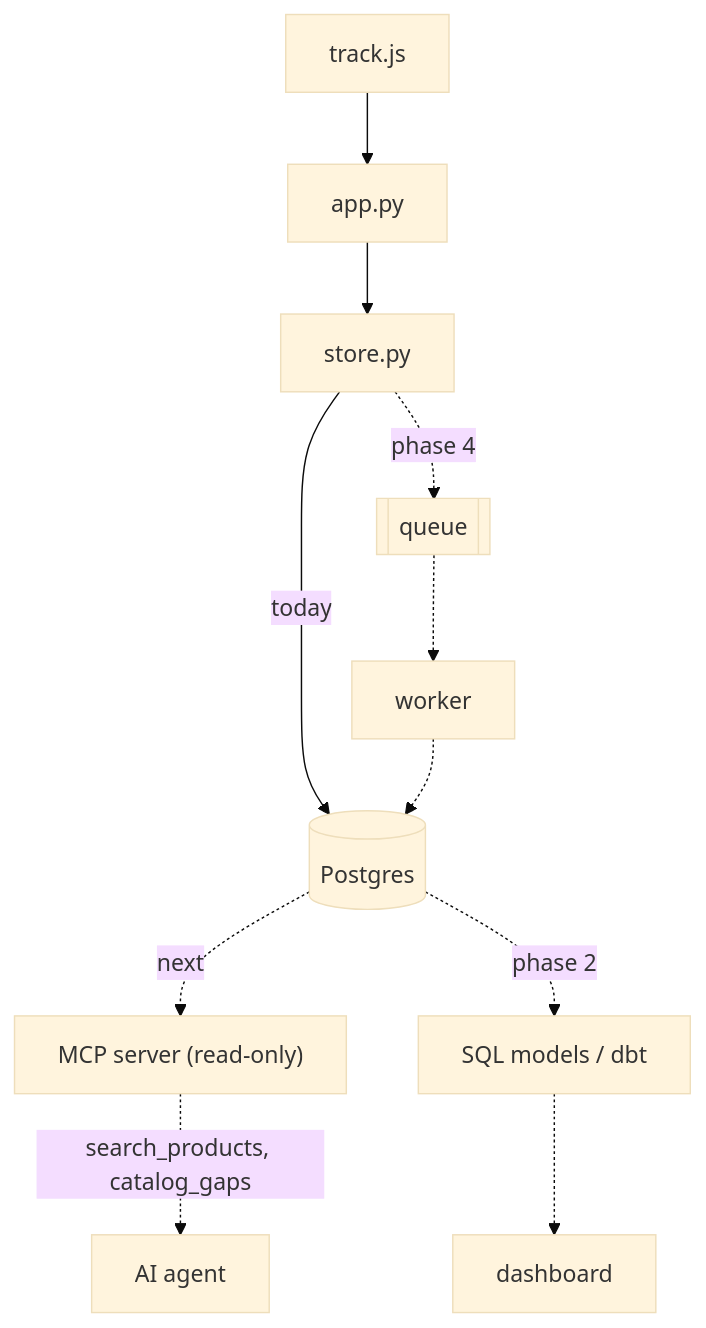
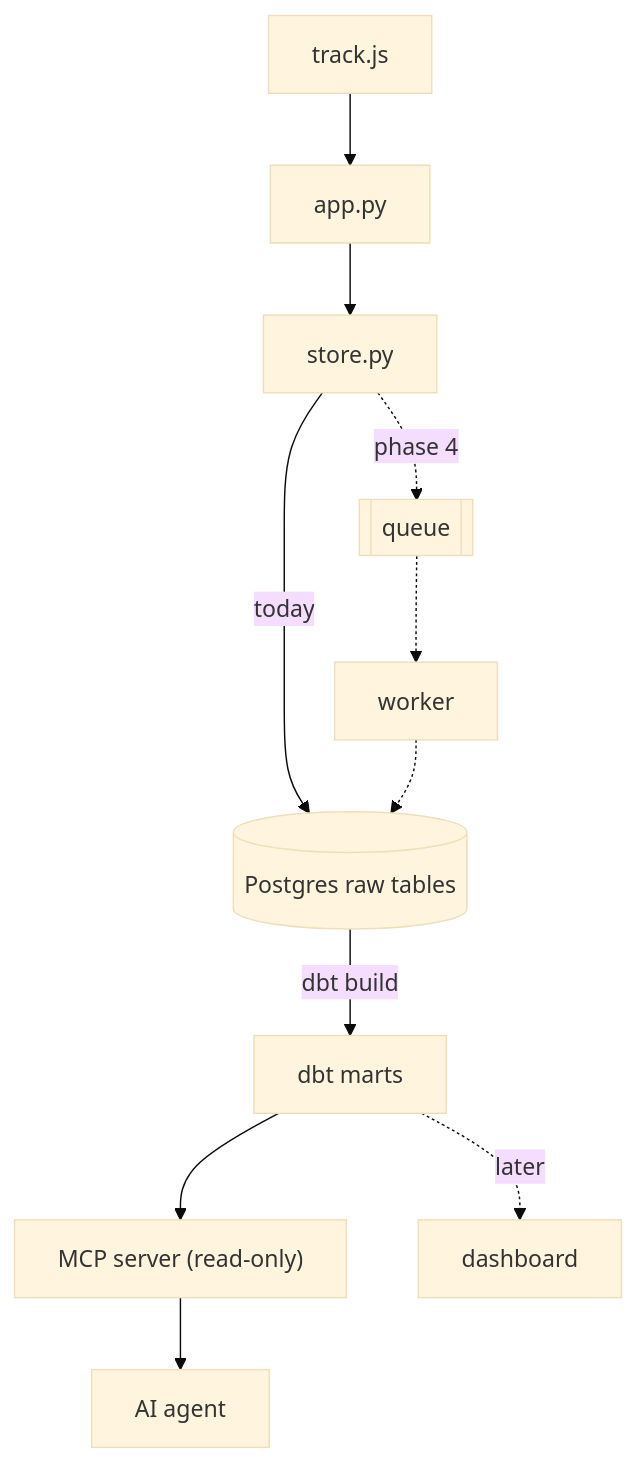
The eighth of 8 diagrams in docs/architecture.md (Ren3mh/pulse), drawn with Mermaid (base theme) before and after one commit. The commit also changed other lines of this file and 28 other files, not shown here.

First line of the commit message:
Add dbt marts and an MCP server for controlled agent access

````diff
--- a/docs/architecture.md
+++ b/docs/architecture.md
@@ -205,13 +279,13 @@
 ```mermaid
 flowchart TB
     T["track.js"] --> APP["app.py"]
     APP --> ST["store.py"]
-    ST -->|"today"| PG[("Postgres")]
+    ST -->|"today"| PG[("Postgres raw tables")]
     ST -.->|"phase 4"| Q[["queue"]]
     Q -.-> W["worker"]
     W -.-> PG
-    PG -.->|"next"| MCP["MCP server (read-only)"]
-    MCP -.->|"search_products, catalog_gaps"| AG["AI agent"]
-    PG -.->|"phase 2"| SQLM["SQL models / dbt"]
-    SQLM -.-> D["dashboard"]
+    PG -->|"dbt build"| MARTS["dbt marts"]
+    MARTS --> MCP["MCP server (read-only)"]
+    MCP --> AG["AI agent"]
+    MARTS -.->|"later"| D["dashboard"]
 ```
````
